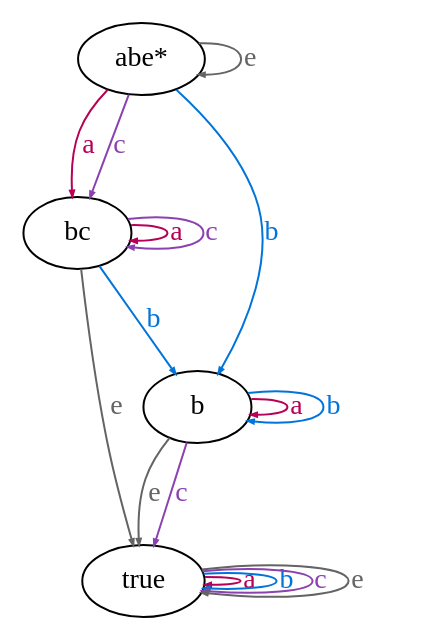
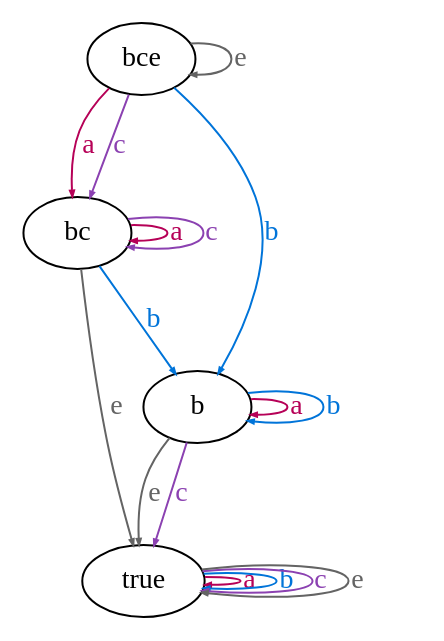
Before and after one commit to qguv/del-graphs: the diagram in examples/hw2/ex2/events4.dot, drawn with Graphviz. The commit also changed 1 other file, not shown here.

Commit message:
rename abe world to bce

```diff
--- a/examples/hw2/ex2/events4.dot
+++ b/examples/hw2/ex2/events4.dot
@@ -1,44 +1,43 @@
 digraph G {
   edge[arrowsize=0.3];
-  abe[label="abe*"];
   
   edge[
     label="a",
     color="#b60157",
     fontcolor="#b60157",
   ];
-  abe -> bc;
+  bce -> bc;
   bc -> bc;
   b -> b;
   true -> true;
 
   edge[
     label="b",
     color="#0074d9",
     fontcolor="#0074d9",
   ];
-  abe -> b;
+  bce -> b;
   bc -> b;
   b -> b;
   true -> true;
 
   edge[
     label="c",
     color="#8b41b1",
     fontcolor="#8b41b1",
   ];
-  abe -> bc;
+  bce -> bc;
   bc -> bc;
   b -> true;
   true -> true;
   
   edge[
     label="e",
     color="#646464",
     fontcolor="#646464",
   ];
-  abe -> abe;
+  bce -> bce;
   bc -> true;
   b -> true;
   true -> true;
 }
```
